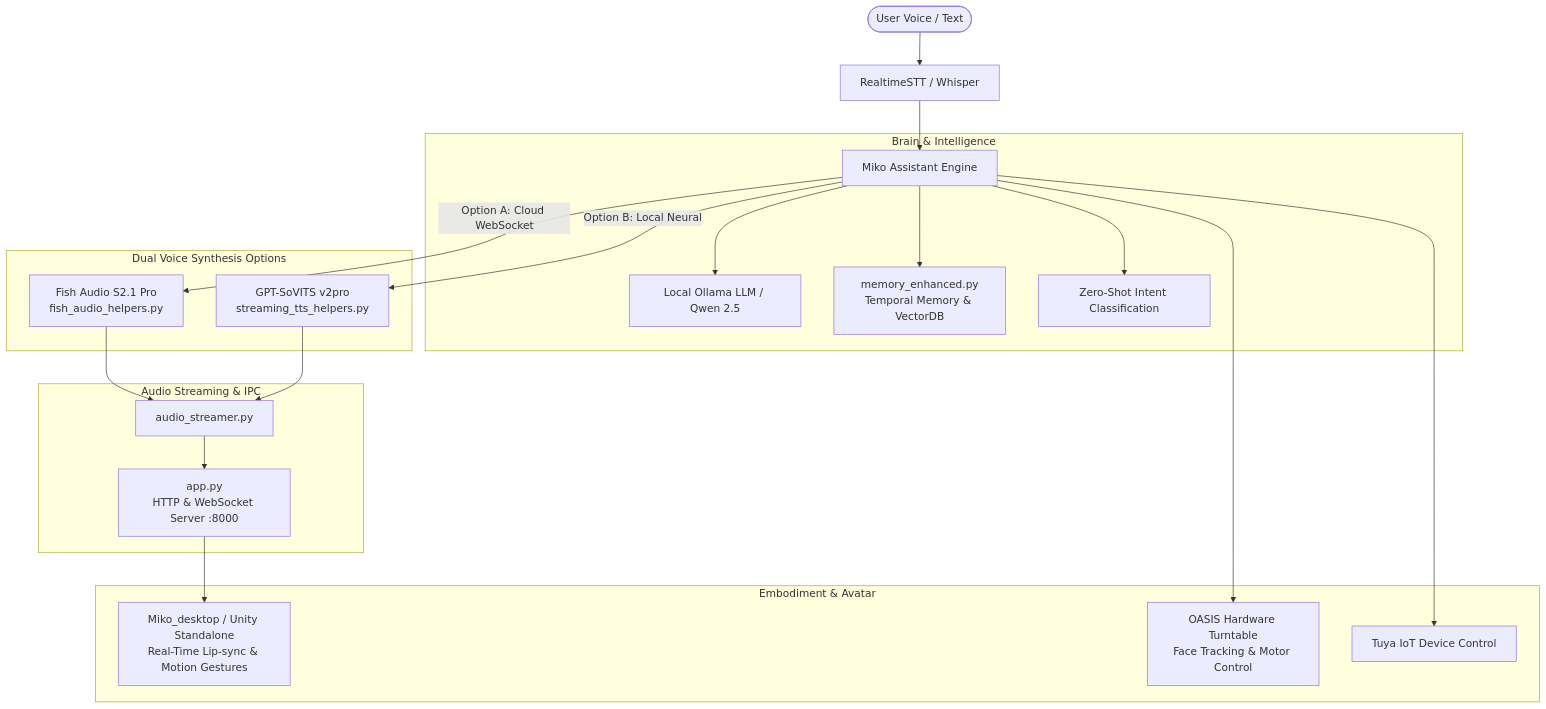
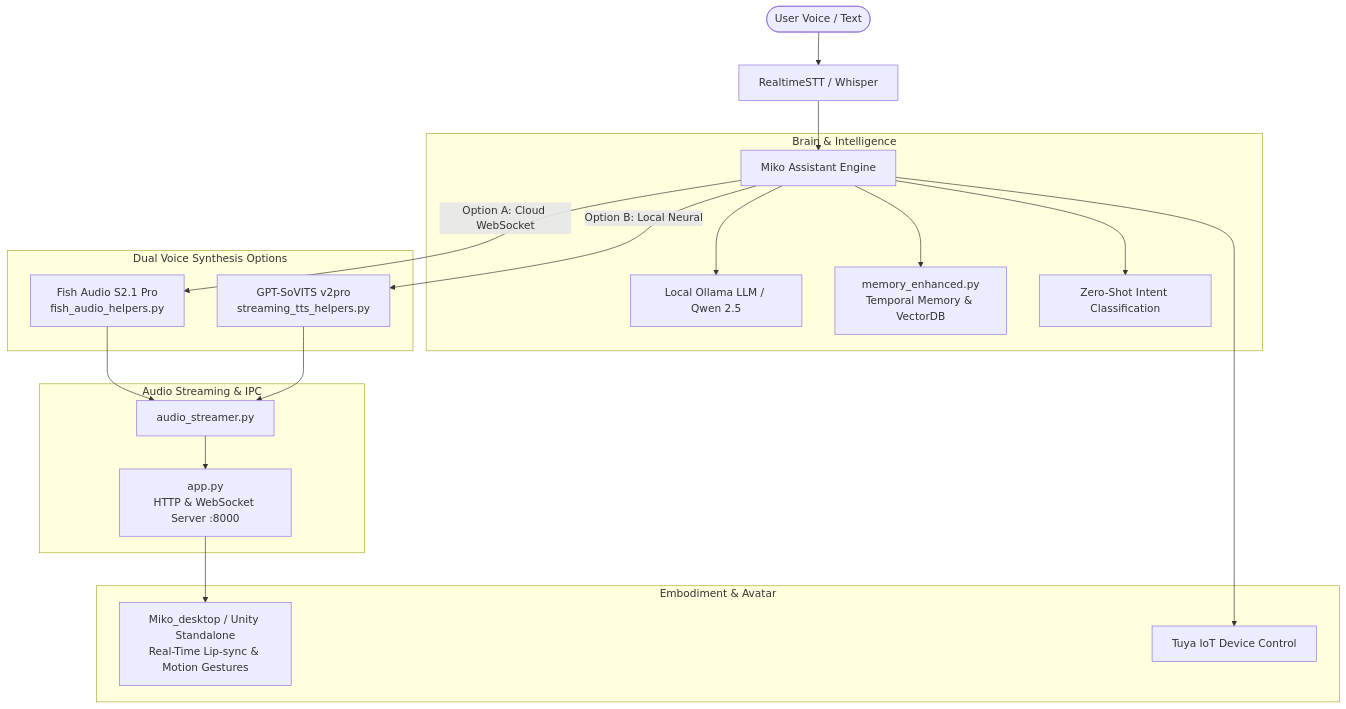
The diagram in README.md (danukim/Miko), drawn with Mermaid before and after one commit. The commit also changed other lines of this file, not shown here.

First line of the commit message:
Update README to remove OASIS section

````diff
--- a/README.md
+++ b/README.md
@@ -31,28 +31,27 @@
 ```mermaid
 graph TD
     User([User Voice / Text]) --> STT[RealtimeSTT / Whisper]
     STT --> Core[Miko Assistant Engine]
     
     subgraph Brain & Intelligence
         Core --> Ollama[Local Ollama LLM / Qwen 2.5]
         Core --> Memory[memory_enhanced.py<br/>Temporal Memory & VectorDB]
         Core --> NLI[Zero-Shot Intent Classification]
     end
     
     subgraph Dual Voice Synthesis Options
         Core -->|Option A: Cloud WebSocket| FishAudio[Fish Audio S2.1 Pro<br/>fish_audio_helpers.py]
         Core -->|Option B: Local Neural| GPTSoVITS[GPT-SoVITS v2pro<br/>streaming_tts_helpers.py]
     end
     
     subgraph Audio Streaming & IPC
         FishAudio --> AudioStreamer[audio_streamer.py]
         GPTSoVITS --> AudioStreamer
         AudioStreamer --> Server[app.py<br/>HTTP & WebSocket Server :8000]
     end
     
     subgraph Embodiment & Avatar
         Server --> Unity[Miko_desktop / Unity Standalone<br/>Real-Time Lip-sync & Motion Gestures]
-        Core --> OASIS[OASIS Hardware Turntable<br/>Face Tracking & Motor Control]
         Core --> SmartHome[Tuya IoT Device Control]
     end
 ```
````
